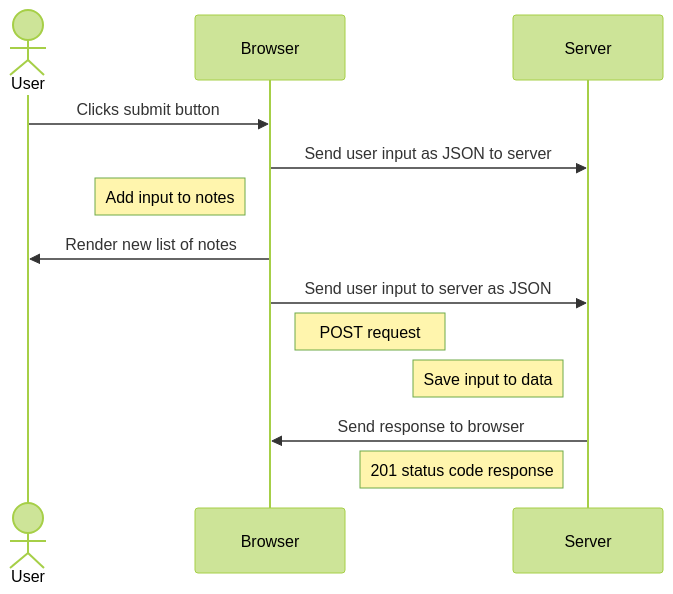
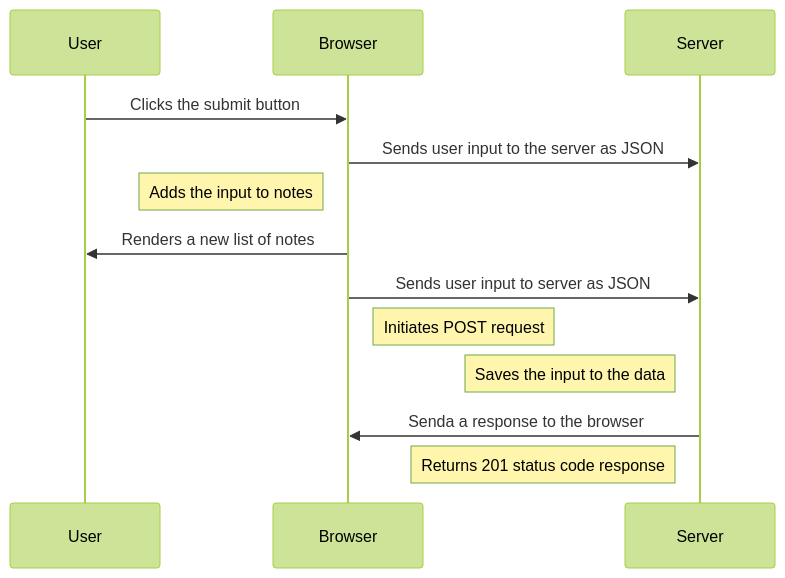
The diagram in part0/Exercire 0.6 New note in single app diagram.md (Yenya14/fullstackopen), drawn with Mermaid (forest theme) before and after one commit. The commit also changed 2 other files, not shown here.

Commit message:
updating changes for part0

````diff
--- a/part0/Exercire 0.6 New note in single app diagram.md
+++ b/part0/Exercire 0.6 New note in single app diagram.md
@@ -1,14 +1,16 @@
 ```mermaid
 sequenceDiagram
-actor User
+    participant U as User
+    participant B as Browser
+    participant S as Server
 
-User->>Browser: Clicks submit button
-Browser->>Server: Send user input as JSON to server
-Note left of Browser: Add input to notes
-Browser->>User: Render new list of notes
-Browser->>Server: Send user input to server as JSON
-Note right of Browser: POST request
-Note left of Server: Save input to data
-Server->>Browser: Send response to browser
-Note left of Server: 201 status code response
+    U->>B: Clicks the submit button
+    B->>S: Sends user input to the server as JSON
+    Note left of B: Adds the input to notes
+    B->>U: Renders a new list of notes
+    B->>S: Sends user input to server as JSON
+    Note right of B: Initiates POST request
+    Note left of S: Saves the input to the data
+    S->>B: Senda a response to the browser
+    Note left of S: Returns 201 status code response
 ```
````
